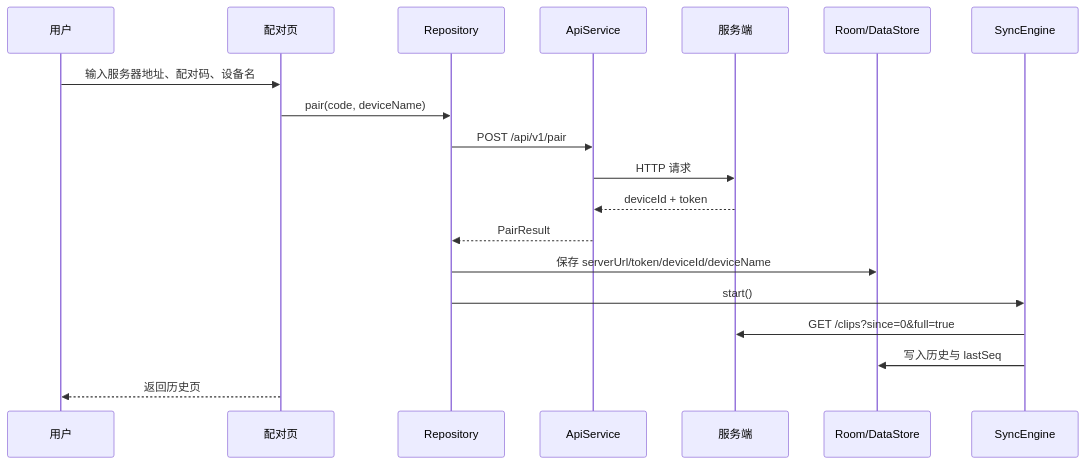
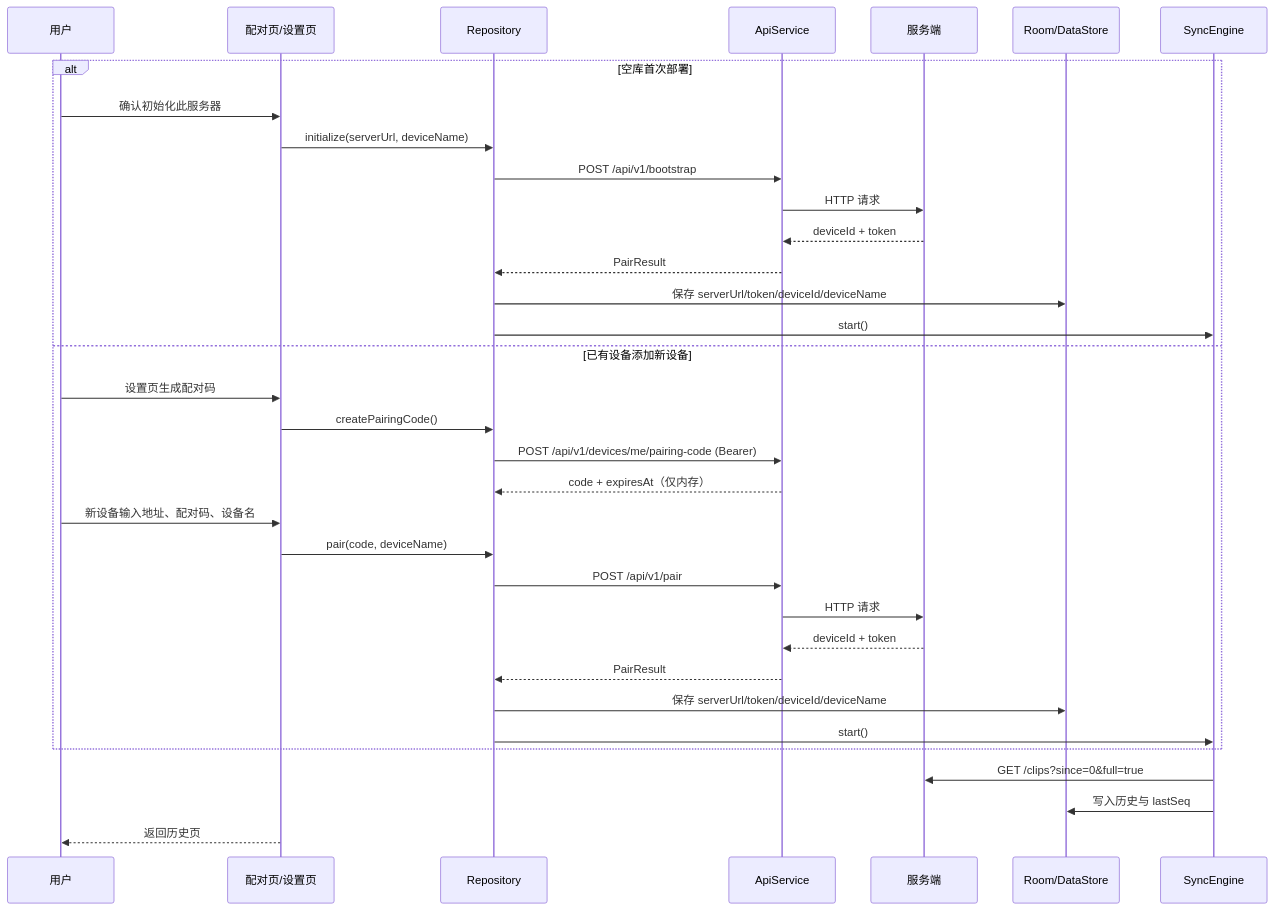
Before and after one commit to xingfengwxx/Clipbox: the fourth of 13 diagrams in docs/客户端技术架构.md, drawn with Mermaid. The commit also changed other lines of this file and 25 other files, not shown here.

````diff
--- a/docs/客户端技术架构.md
+++ b/docs/客户端技术架构.md
@@ -783,22 +787,37 @@
 ```mermaid
 sequenceDiagram
     participant U as 用户
-    participant UI as 配对页
+    participant UI as 配对页/设置页
     participant R as Repository
     participant A as ApiService
     participant S as 服务端
     participant DB as Room/DataStore
     participant Sync as SyncEngine
 
-    U->>UI: 输入服务器地址、配对码、设备名
-    UI->>R: pair(code, deviceName)
-    R->>A: POST /api/v1/pair
-    A->>S: HTTP 请求
-    S-->>A: deviceId + token
-    A-->>R: PairResult
-    R->>DB: 保存 serverUrl/token/deviceId/deviceName
-    R->>Sync: start()
+    alt 空库首次部署
+        U->>UI: 确认初始化此服务器
+        UI->>R: initialize(serverUrl, deviceName)
+        R->>A: POST /api/v1/bootstrap
+        A->>S: HTTP 请求
+        S-->>A: deviceId + token
+        A-->>R: PairResult
+        R->>DB: 保存 serverUrl/token/deviceId/deviceName
+        R->>Sync: start()
+    else 已有设备添加新设备
+        U->>UI: 设置页生成配对码
+        UI->>R: createPairingCode()
+        R->>A: POST /api/v1/devices/me/pairing-code (Bearer)
+        A-->>R: code + expiresAt（仅内存）
+        U->>UI: 新设备输入地址、配对码、设备名
+        UI->>R: pair(code, deviceName)
+        R->>A: POST /api/v1/pair
+        A->>S: HTTP 请求
+        S-->>A: deviceId + token
+        A-->>R: PairResult
+        R->>DB: 保存 serverUrl/token/deviceId/deviceName
+        R->>Sync: start()
+    end
     Sync->>S: GET /clips?since=0&full=true
     Sync->>DB: 写入历史与 lastSeq
     UI-->>U: 返回历史页
 ```
````
